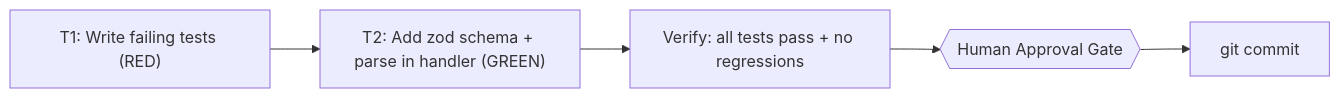
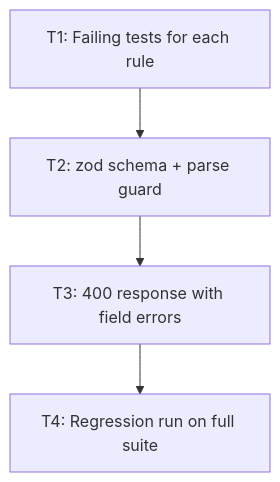
The diagram in examples/worked-example.md (belajarcarabelajar/ai-skills), drawn with Mermaid before and after one commit. The commit also changed other lines of this file and 25 other files, not shown here.

Commit message:
feat: complete mermaid orchestration with theming, a11y, and a real DAG contract

````diff
--- a/examples/worked-example.md
+++ b/examples/worked-example.md
@@ -42,7 +43,8 @@
 ```mermaid
-flowchart LR
-    T1["T1: Write failing tests (RED)"] --> T2["T2: Add zod schema + parse in handler (GREEN)"]
-    T2 --> Verify["Verify: all tests pass + no regressions"]
-    Verify --> Gate{{"Human Approval Gate"}}
-    Gate --> Done["git commit"]
+flowchart TD
+    accTitle: Bounded plan for order input validation
+    accDescr: A failing test for each validation rule, then the zod schema at the route boundary, then a 400 response with field-level errors, then a regression run over the existing suite.
+    T1["T1: Failing tests for each rule"] --> T2["T2: zod schema + parse guard"]
+    T2 --> T3["T3: 400 response with field errors"]
+    T3 --> T4["T4: Regression run on full suite"]
 ```
````
